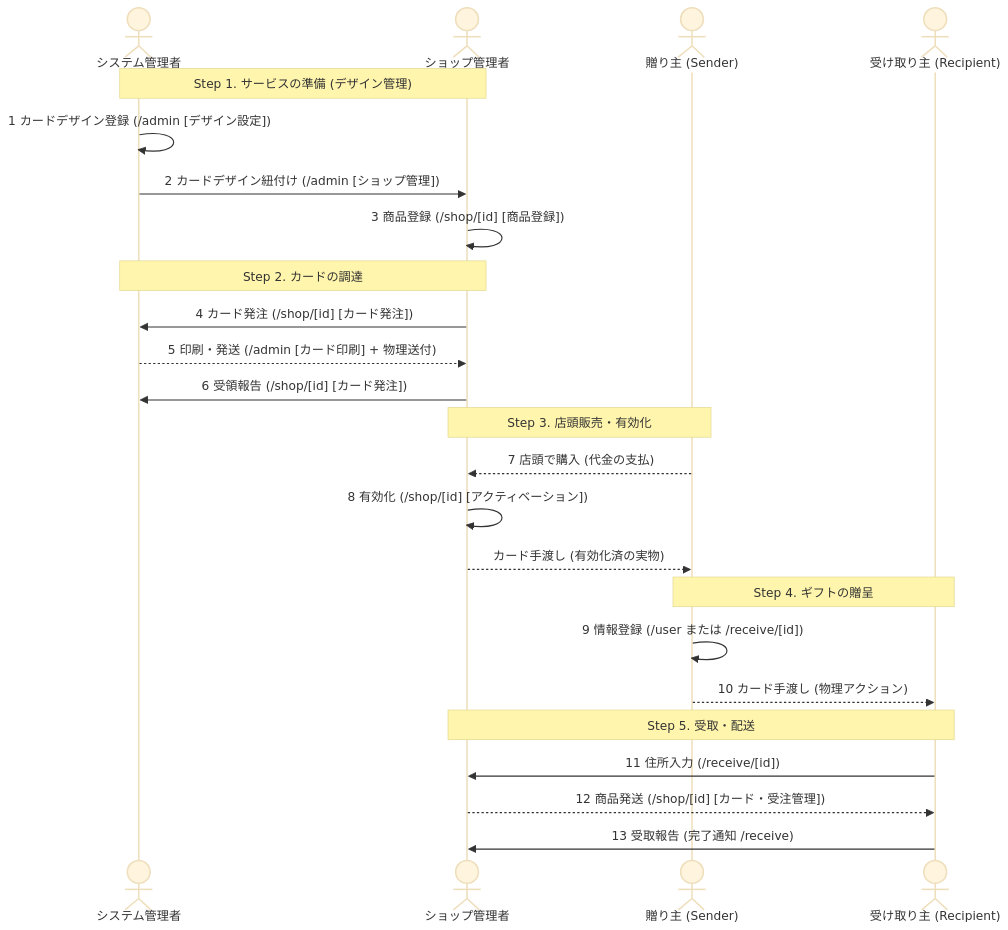
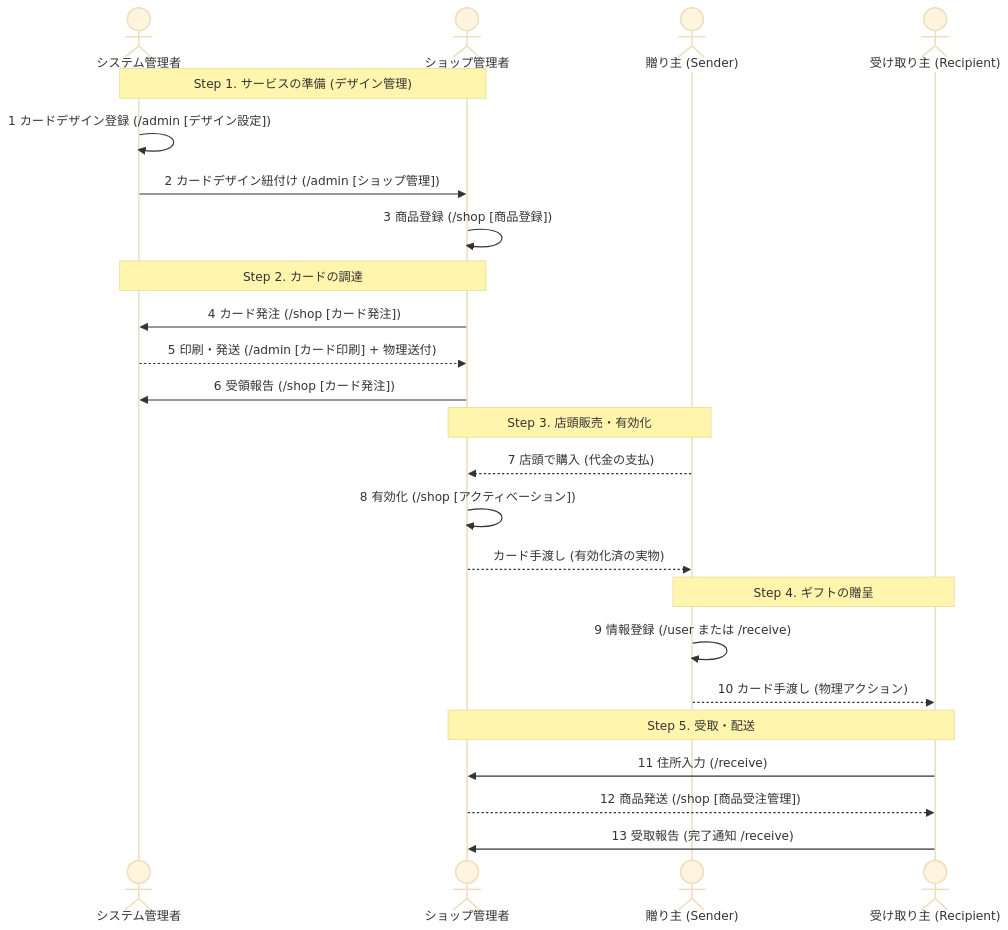
Before and after one commit to yudaiito9124-cyber/meishigawarini: the diagram in frontend/content/help/ja/shop/flow/index.md, drawn with Mermaid (base theme). The commit also changed other lines of this file and 103 other files, not shown here.

````diff
--- a/frontend/content/help/ja/shop/flow/index.md
+++ b/frontend/content/help/ja/shop/flow/index.md
@@ -17,31 +17,31 @@
 ```mermaid
 sequenceDiagram
     actor SA as システム管理者
     actor SO as ショップ管理者
     actor SD as 贈り主 (Sender)
     actor RC as 受け取り主 (Recipient)
 
     Note over SA, SO: Step 1. サービスの準備 (デザイン管理)
     SA->>SA: 1 カードデザイン登録 (/admin [デザイン設定])
     SA->>SO: 2 カードデザイン紐付け (/admin [ショップ管理])
-    SO->>SO: 3 商品登録 (/shop/[id] [商品登録])
+    SO->>SO: 3 商品登録 (/shop [商品登録])
 
     Note over SO, SA: Step 2. カードの調達
-    SO->>SA: 4 カード発注 (/shop/[id] [カード発注])
+    SO->>SA: 4 カード発注 (/shop [カード発注])
     SA-->>SO: 5 印刷・発送 (/admin [カード印刷] + 物理送付)
-    SO->>SA: 6 受領報告 (/shop/[id] [カード発注])
+    SO->>SA: 6 受領報告 (/shop [カード発注])
 
     Note over SO, SD: Step 3. 店頭販売・有効化
     SD-->>SO: 7 店頭で購入 (代金の支払)
-    SO->>SO: 8 有効化 (/shop/[id] [アクティベーション])
+    SO->>SO: 8 有効化 (/shop [アクティベーション])
     SO-->>SD: カード手渡し (有効化済の実物)
 
     Note over SD, RC: Step 4. ギフトの贈呈
-    SD->>SD: 9 情報登録 (/user または /receive/[id])
+    SD->>SD: 9 情報登録 (/user または /receive)
     SD-->>RC: 10 カード手渡し (物理アクション)
 
     Note over RC, SO: Step 5. 受取・配送
-    RC->>SO: 11 住所入力 (/receive/[id])
-    SO-->>RC: 12 商品発送 (/shop/[id] [カード・受注管理])
+    RC->>SO: 11 住所入力 (/receive)
+    SO-->>RC: 12 商品発送 (/shop [商品受注管理])
     RC->>SO: 13 受取報告 (完了通知 /receive)
 ```
````
